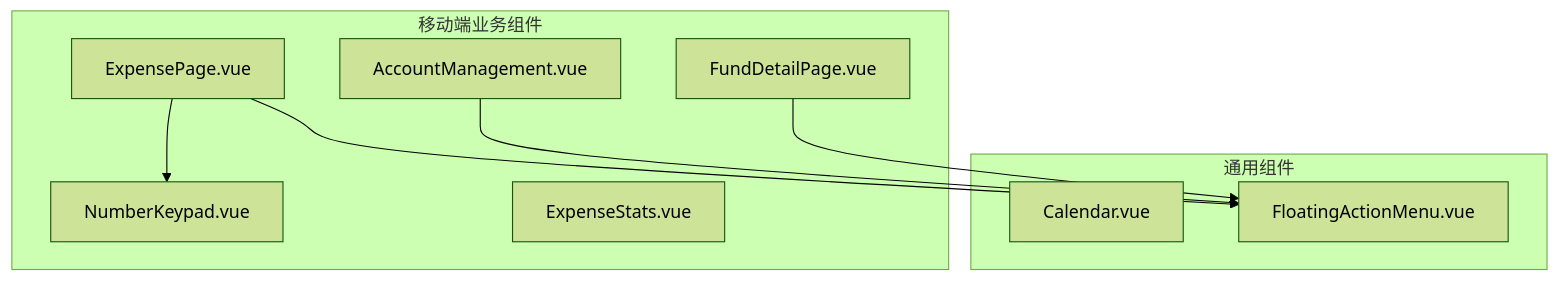
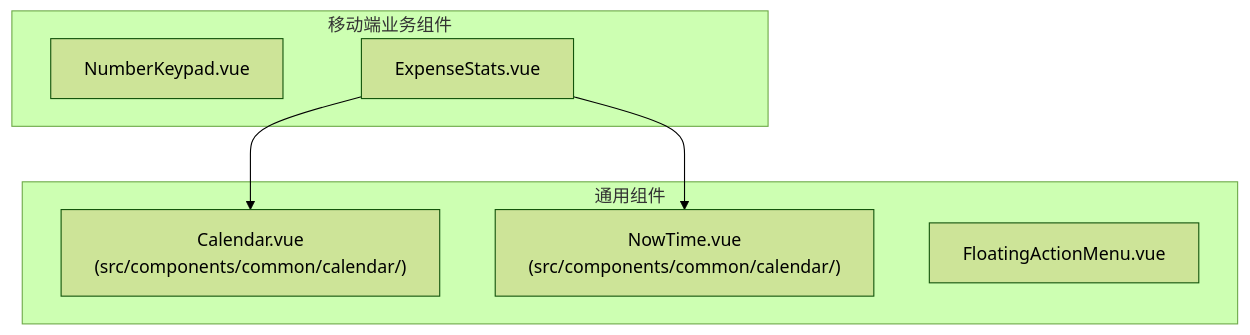
The first of 7 diagrams in .qoder/repowiki/zh/content/UI组件/交互组件.md (xiao-lin-unit/yuan), drawn with Mermaid (forest theme) before and after one commit. The commit also changed other lines of this file and 9 other files, not shown here.

````diff
--- a/.qoder/repowiki/zh/content/UI组件/交互组件.md
+++ b/.qoder/repowiki/zh/content/UI组件/交互组件.md
@@ -39,18 +46,14 @@
 ```mermaid
 graph TB
 subgraph "通用组件"
-C["Calendar.vue"]
+C["Calendar.vue<br/>(src/components/common/calendar/)"]
+NT["NowTime.vue<br/>(src/components/common/calendar/)"]
 FAM["FloatingActionMenu.vue"]
 end
 subgraph "移动端业务组件"
 NKP["NumberKeypad.vue"]
-EP["ExpensePage.vue"]
-AM["AccountManagement.vue"]
-FDP["FundDetailPage.vue"]
 ES["ExpenseStats.vue"]
 end
-EP --> FAM
-AM --> FAM
-FDP --> FAM
-EP --> NKP
+ES --> C
+ES --> NT
 ```
````
